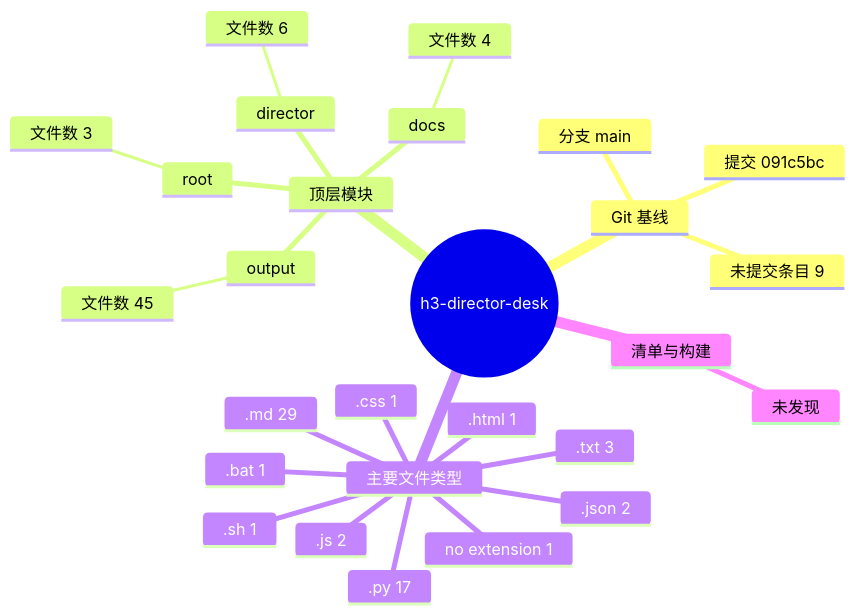
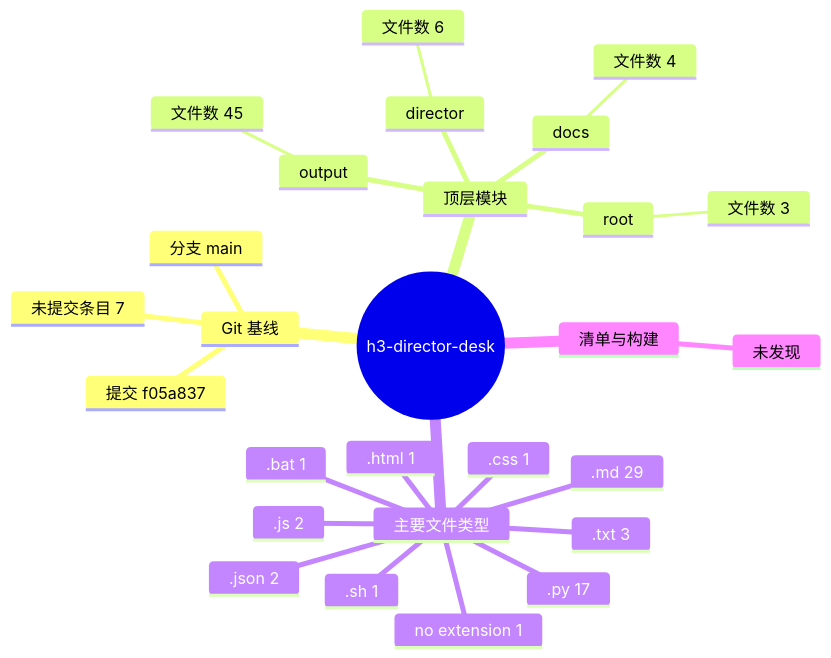
One commit to Exalex/h3-director-desk changed the diagram in docs/project-evolution/mindmaps/repository-structure.md. Above: the diagram before and after it, drawn with Mermaid. The commit also changed 6 other files, not shown here.

````diff
--- a/docs/project-evolution/mindmaps/repository-structure.md
+++ b/docs/project-evolution/mindmaps/repository-structure.md
@@ -5,30 +5,30 @@
 ```mermaid
 mindmap
   root((h3-director-desk))
     Git 基线
       分支 main
-      提交 091c5bc
-      未提交条目 9
+      提交 f05a837
+      未提交条目 7
     顶层模块
       output
         文件数 45
       director
         文件数 6
       docs
         文件数 4
       root
         文件数 3
     主要文件类型
       .md 29
       .py 17
       .txt 3
       .js 2
       .json 2
       no extension 1
       .bat 1
       .html 1
       .css 1
       .sh 1
     清单与构建
       未发现
 ```
````
